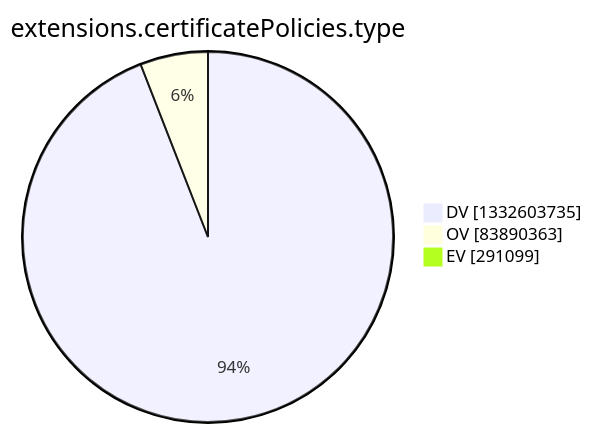
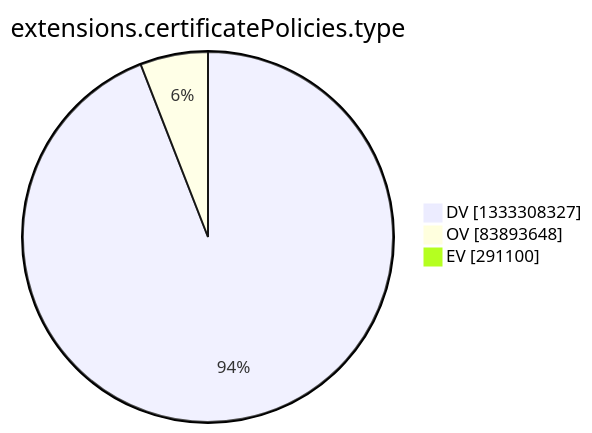
Before and after one commit to christiankrug/ctmonitor_visualization: the tenth of 15 diagrams in argon2022/README.md, drawn with Mermaid. The commit also changed other lines of this file, not shown here.

````diff
--- a/argon2022/README.md
+++ b/argon2022/README.md
@@ -2773,7 +2773,7 @@
 ```mermaid
 pie showData
 title extensions.certificatePolicies.type
-"DV" :1332603735
-"OV" :83890363
-"EV" :291099
+"DV" :1333308327
+"OV" :83893648
+"EV" :291100
 ```
````
